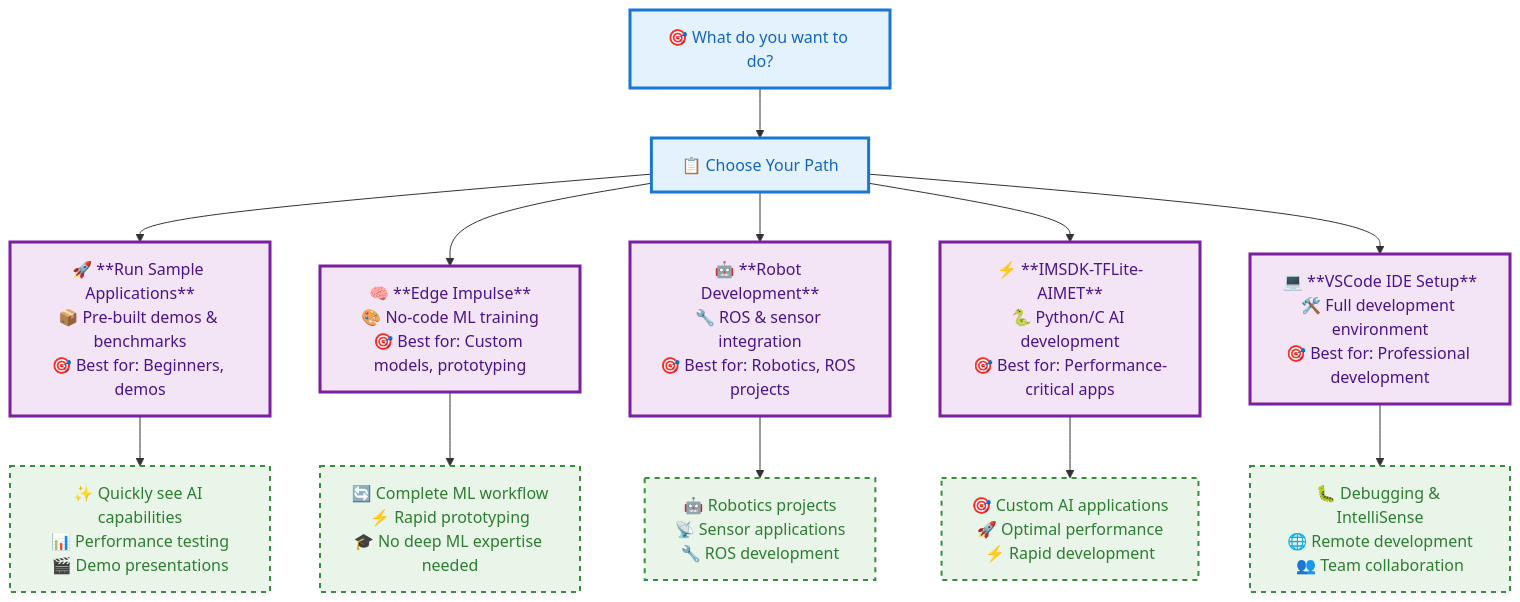
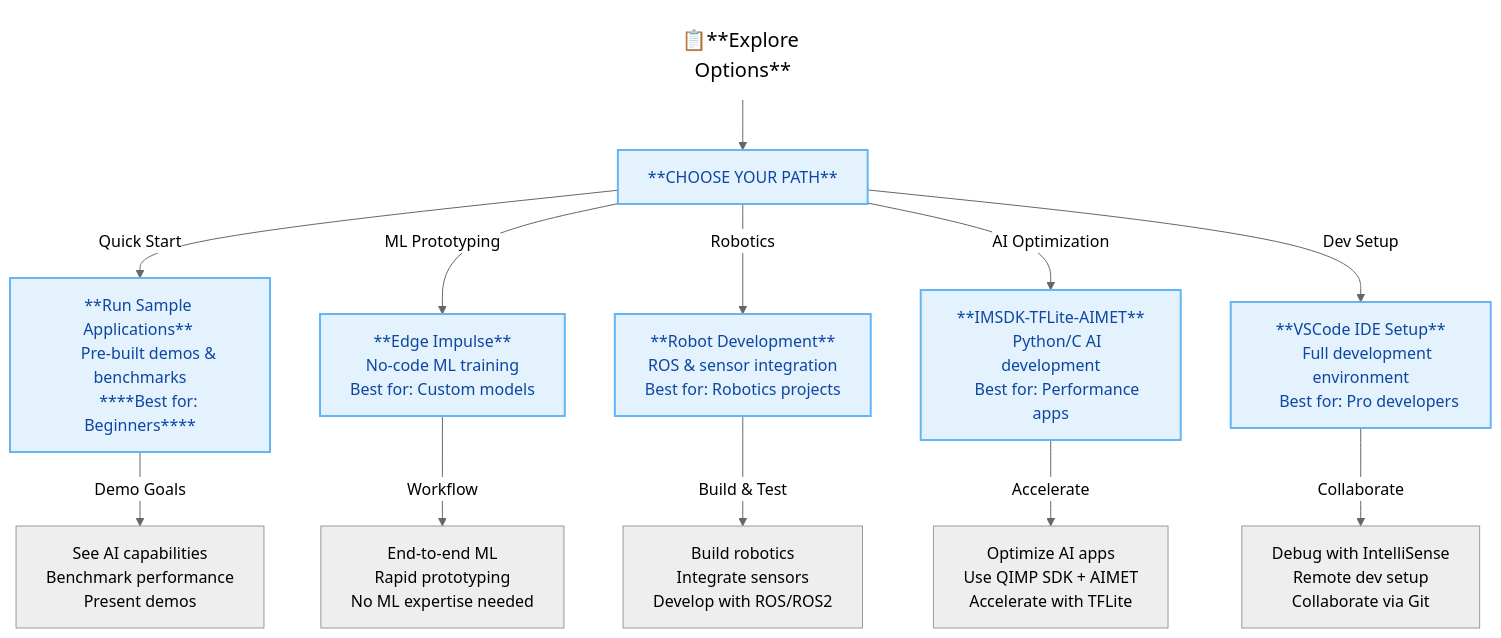
One commit to hongyang-rp/rubikpi-ubuntu-user-manual-test-en.github.io changed the diagram in docs/Document Home/2.AI-workflows/index.md. Above: the diagram before and after it, drawn with Mermaid. The commit also changed other lines of this file, not shown here.

Commit message:
Commiting the documentation for AI Developer Workflow

````diff
--- a/docs/Document Home/2.AI-workflows/index.md
+++ b/docs/Document Home/2.AI-workflows/index.md
@@ -7,30 +12,63 @@
 ```mermaid
+---
+config:
+  look: classic
+  theme: neutral
+---
 graph TD
-    A["🎯 What do you want to do?"] --> B["📋 Choose Your Path"]
+    Title[📋**Explore Options**]:::titleStyle
+    Title --> B["**CHOOSE YOUR PATH**"]:::rectStyle
+    B -->|Quick Start| C["**Run Sample Applications** 
+     Pre-built demos & benchmarks
+     ****Best for: Beginners****"]:::rectStyle
+
+    B -->|ML Prototyping| D["**Edge Impulse**
+    No-code ML training
+    Best for: Custom models"]:::rectStyle
+
+    B -->|Robotics| E["**Robot Development**
+    ROS & sensor integration
+    Best for: Robotics projects"]:::rectStyle
+
+    B -->|AI Optimization| F["**IMSDK-TFLite-AIMET**
+    Python/C AI development
+    Best for: Performance apps"]:::rectStyle
+
+    B -->|Dev Setup| G["**VSCode IDE Setup**
+    Full development environment
+    Best for: Pro developers"]:::rectStyle
+
+    C -->|Demo Goals| C1["See AI capabilities
+    Benchmark performance
+    Present demos"]
+
+    D -->|Workflow| D1["End-to-end ML
+    Rapid prototyping
+    No ML expertise needed"]
+
+    E -->|Build & Test| E1["Build robotics
+    Integrate sensors
+    Develop with ROS/ROS2"]
+
+    F -->|Accelerate| F1["Optimize AI apps
+    Use QIMP SDK + AIMET
+    Accelerate with TFLite"]
+
+    G -->|Collaborate| G1["Debug with IntelliSense
+    Remote dev setup
+    Collaborate via Git"]
+
+
     
-    B --> C["🚀 **Run Sample Applications**<br/>📦 Pre-built demos & benchmarks<br/>🎯 Best for: Beginners, demos"]
-    B --> D["🧠 **Edge Impulse**<br/>🎨 No-code ML training<br/>🎯 Best for: Custom models, prototyping"]
-    B --> E["🤖 **Robot Development**<br/>🔧 ROS & sensor integration<br/>🎯 Best for: Robotics, ROS projects"]
-    B --> F["⚡ **IMSDK-TFLite-AIMET**<br/>🐍 Python/C AI development<br/>🎯 Best for: Performance-critical apps"]
-    B --> G["💻 **VSCode IDE Setup**<br/>🛠️ Full development environment<br/>🎯 Best for: Professional development"]
-    
-    C --> C1["✨ Quickly see AI capabilities<br/>📊 Performance testing<br/>🎬 Demo presentations"]
-    D --> D1["🔄 Complete ML workflow<br/>⚡ Rapid prototyping<br/>🎓 No deep ML expertise needed"]
-    E --> E1["🤖 Robotics projects<br/>📡 Sensor applications<br/>🔧 ROS development"]
-    F --> F1["🎯 Custom AI applications<br/>🚀 Optimal performance<br/>⚡ Rapid development"]
-    G --> G1["🐛 Debugging & IntelliSense<br/>🌐 Remote development<br/>👥 Team collaboration"]
-
-    classDef startNode fill:#e3f2fd,stroke:#1976d2,stroke-width:3px,color:#1565c0
-    classDef pathNodes fill:#f3e5f5,stroke:#7b1fa2,stroke-width:3px,color:#4a148c
-    classDef detailNodes fill:#e8f5e8,stroke:#388e3c,stroke-width:2px,stroke-dasharray: 5 5,color:#2e7d32
-    
-    class A,B startNode
+    classDef titleStyle fill:transparent,stroke:transparent,font-size:20px
+    classDef rectStyle fill:#e3f2fd,stroke:#64b5f6,stroke-width:2px,color:#0d47a1
+    class Title titleStyle
     class C,D,E,F,G pathNodes
     class C1,D1,E1,F1,G1 detailNodes
-    
-    click C "../Run sample applications" _self
-    click D "../Edge-Impulse" _self
-    click E "../Robot-development" _self
-    click F "../AI" _self
-    click G "../develop-applications" _self
+
+    click C "./litert-opencv-workflow" "_self";
+    click D "./Edge-Impulse" "_self";
+    click E "../Robot-development" "_self";
+    click F "./Run-sample-applications" "_self";
+    click G "https://docs.qualcomm.com/bundle/publicresource/topics/80-79972-1/getting_started.html" "_self";
 ```
````
